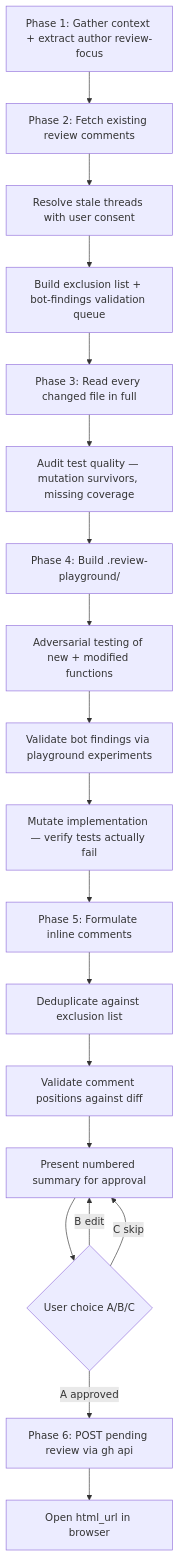
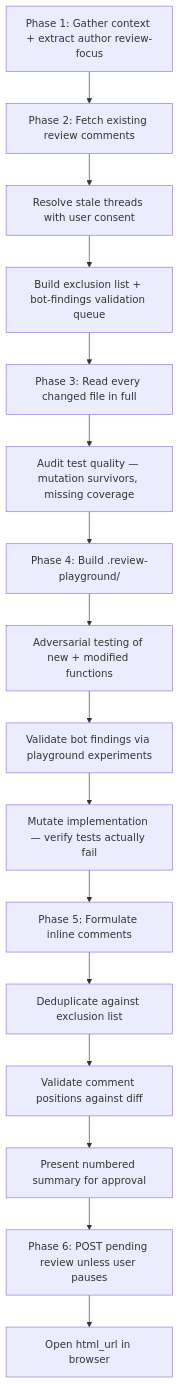
One commit to whizzzkid/skills changed the diagram in skills/pr-review/README.md. Above: the diagram before and after it, drawn with Mermaid. The commit also changed other lines of this file and 43 other files, not shown here.

````diff
--- a/skills/pr-review/README.md
+++ b/skills/pr-review/README.md
@@ -17,21 +17,18 @@
 ```mermaid
 flowchart TD
     A[Phase 1: Gather context + extract author review-focus] --> B[Phase 2: Fetch existing review comments]
     B --> C[Resolve stale threads with user consent]
     C --> D[Build exclusion list + bot-findings validation queue]
     D --> E[Phase 3: Read every changed file in full]
     E --> F[Audit test quality — mutation survivors, missing coverage]
     F --> G[Phase 4: Build .review-playground/]
     G --> H[Adversarial testing of new + modified functions]
     H --> I[Validate bot findings via playground experiments]
     I --> J[Mutate implementation — verify tests actually fail]
     J --> K[Phase 5: Formulate inline comments]
     K --> L[Deduplicate against exclusion list]
     L --> M[Validate comment positions against diff]
     M --> N[Present numbered summary for approval]
-    N --> O{User choice A/B/C}
-    O -->|A approved| P[Phase 6: POST pending review via gh api]
-    O -->|B edit| N
-    O -->|C skip| N
-    P --> Q[Open html_url in browser]
+    N --> O[Phase 6: POST pending review unless user pauses]
+    O --> P[Open html_url in browser]
 ```
````
